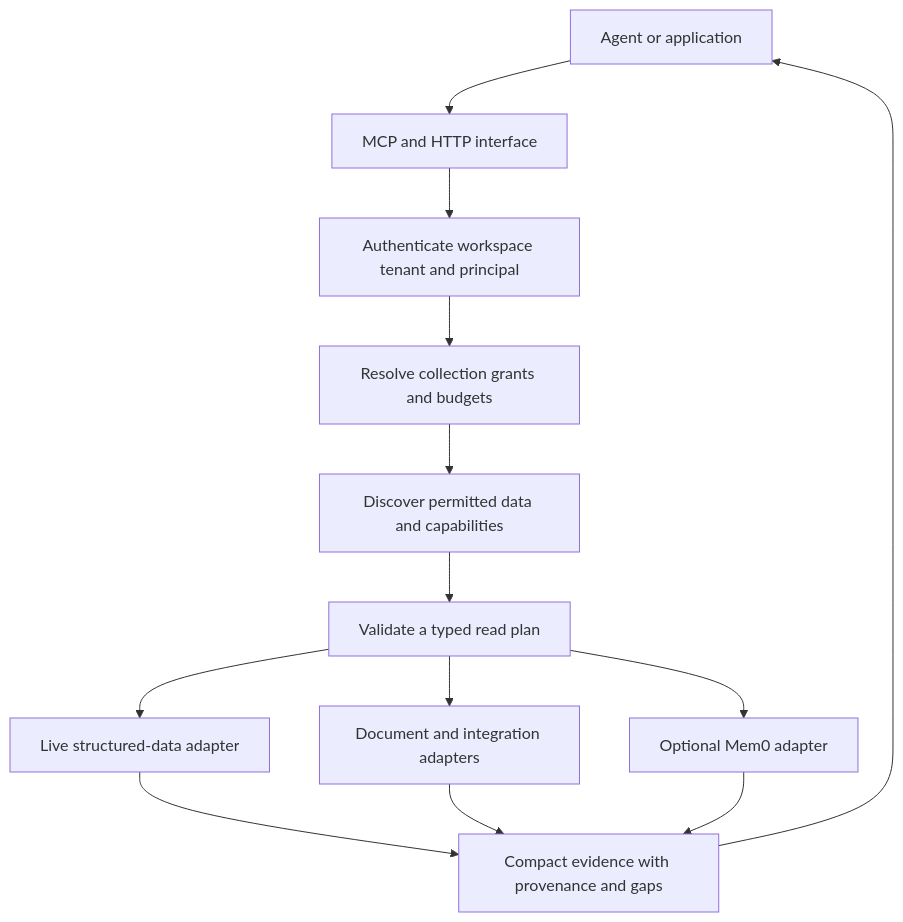
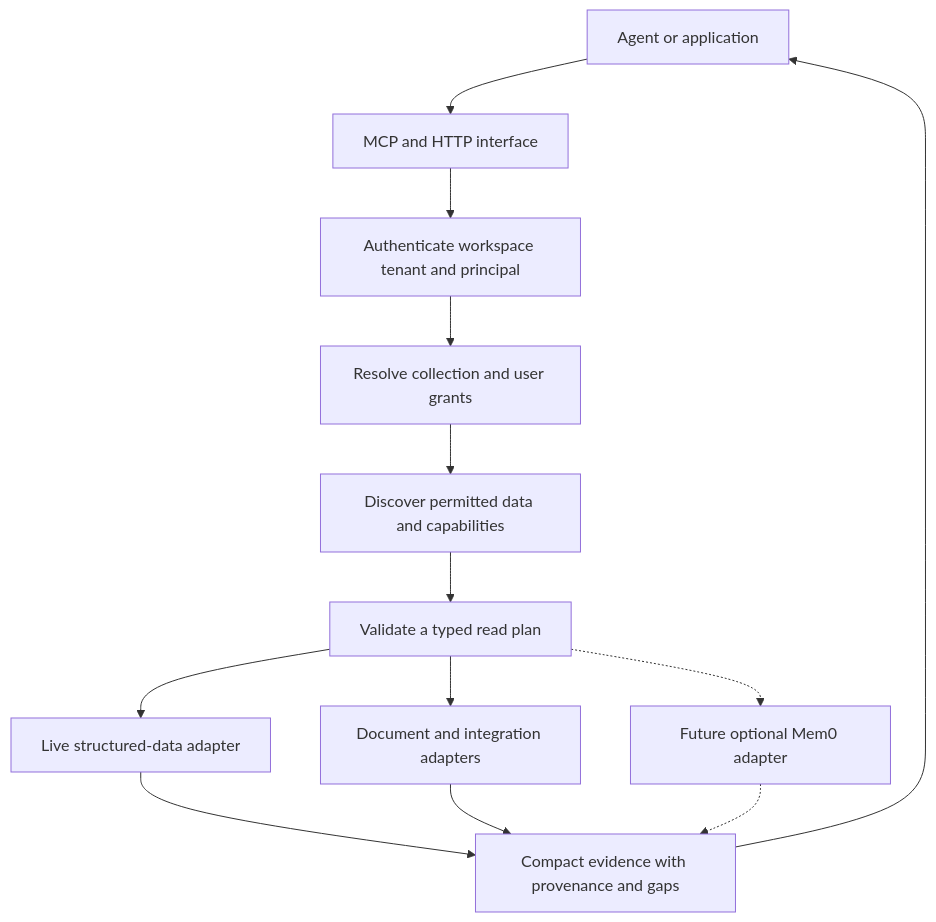
The first of 2 diagrams in README.md (shlok97/fabric), drawn with Mermaid before and after one commit. The commit also changed other lines of this file and 31 other files, not shown here.

````diff
--- a/README.md
+++ b/README.md
@@ -62,15 +102,15 @@
 ```mermaid
 flowchart TB
     Agent[Agent or application] --> API[MCP and HTTP interface]
     API --> Auth[Authenticate workspace tenant and principal]
-    Auth --> Grants[Resolve collection grants and budgets]
+    Auth --> Grants[Resolve collection and user grants]
     Grants --> Catalog[Discover permitted data and capabilities]
     Catalog --> Plan[Validate a typed read plan]
     Plan --> Data[Live structured-data adapter]
     Plan --> Docs[Document and integration adapters]
-    Plan --> Memory[Optional Mem0 adapter]
+    Plan -.-> Memory[Future optional Mem0 adapter]
     Data --> Evidence[Compact evidence with provenance and gaps]
     Docs --> Evidence
-    Memory --> Evidence
+    Memory -.-> Evidence
     Evidence --> Agent
 ```
````
